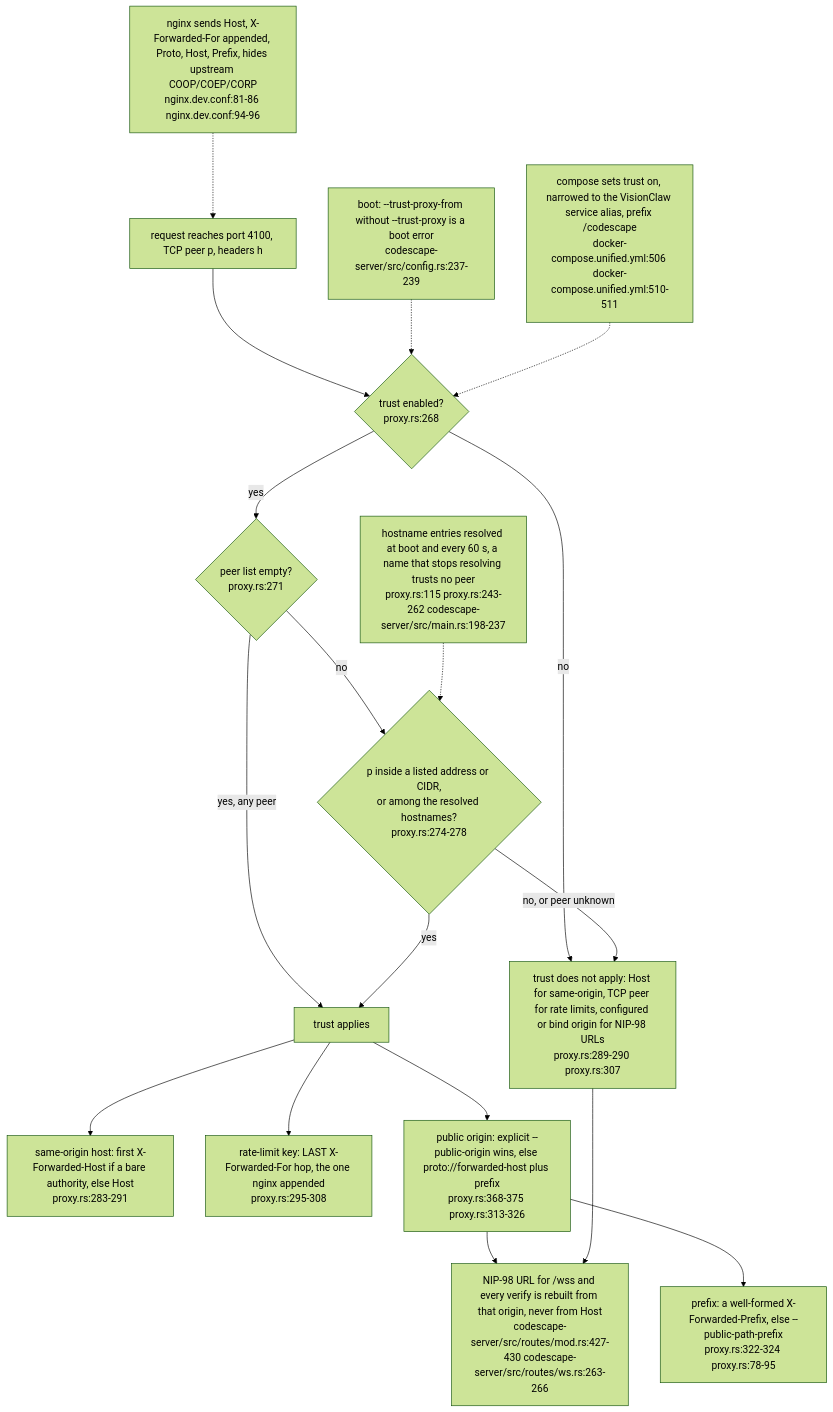
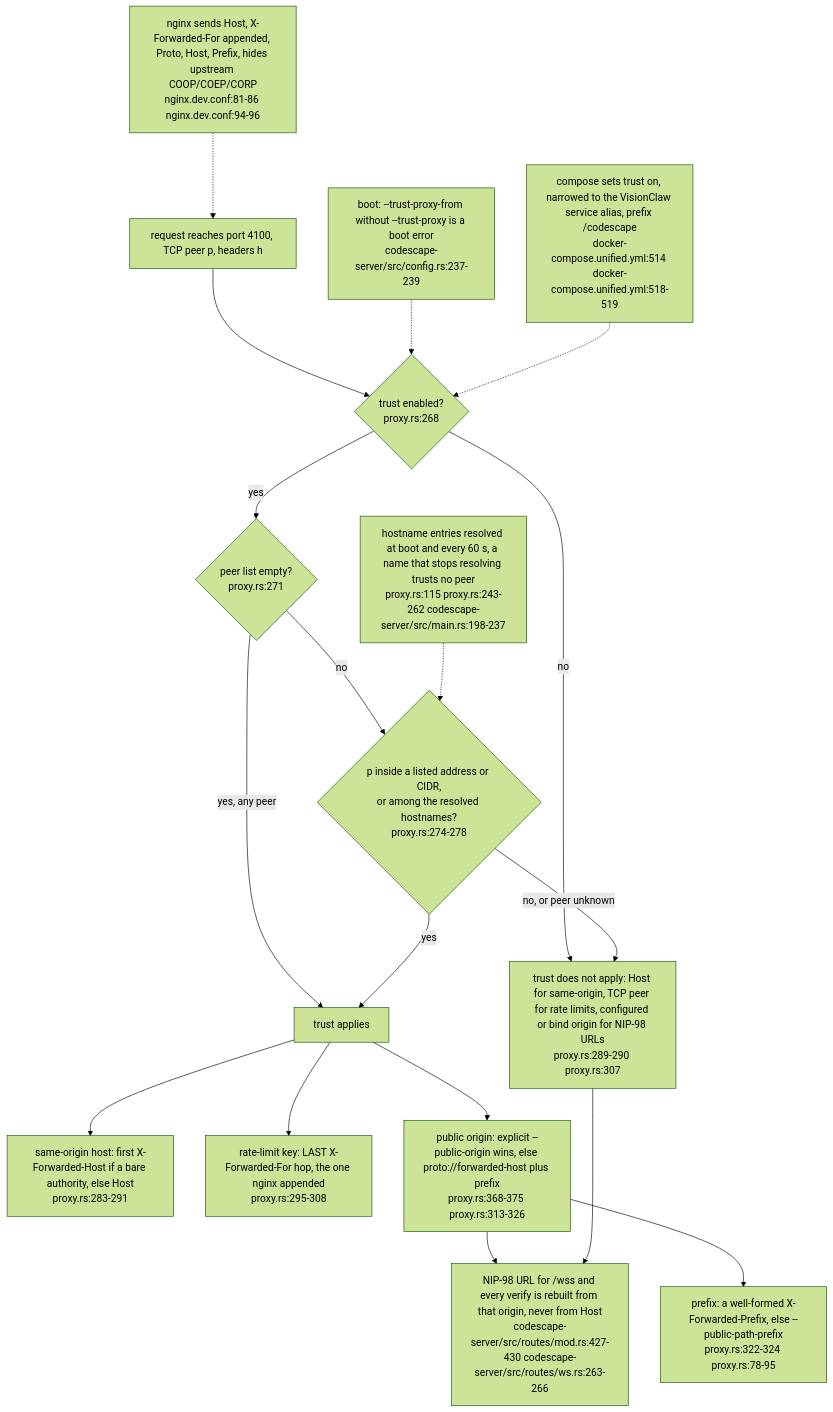
The sixth of 7 diagrams in docs/diagrams/visionclaw/39-codescape.md (DreamLab-AI/VisionFlow), drawn with Mermaid (forest theme) before and after one commit. The commit also changed other lines of this file and 142 other files, not shown here.

First line of the commit message:
docs(diagrams): one System One route; re-verify 140 topics at today's heads

````diff
--- a/docs/diagrams/visionclaw/39-codescape.md
+++ b/docs/diagrams/visionclaw/39-codescape.md
@@ -294,35 +295,35 @@
 ```mermaid
 flowchart TB
     REQ["request reaches port 4100, TCP peer p, headers h"]
     CFG["boot: --trust-proxy-from without --trust-proxy is a boot error<br/>codescape-server/src/config.rs:237-239"]
     EN{"trust enabled?<br/>proxy.rs:268"}
     LIST{"peer list empty?<br/>proxy.rs:271"}
     MATCH{"p inside a listed address or CIDR,<br/>or among the resolved hostnames?<br/>proxy.rs:274-278"}
     REFRESH["hostname entries resolved at boot and every 60 s, a name that stops resolving trusts no peer<br/>proxy.rs:115 proxy.rs:243-262 codescape-server/src/main.rs:198-237"]
     OFF["trust does not apply: Host for same-origin, TCP peer for rate limits, configured or bind origin for NIP-98 URLs<br/>proxy.rs:289-290 proxy.rs:307"]
     ON["trust applies"]
     HOST["same-origin host: first X-Forwarded-Host if a bare authority, else Host<br/>proxy.rs:283-291"]
     IP["rate-limit key: LAST X-Forwarded-For hop, the one nginx appended<br/>proxy.rs:295-308"]
     ORIG["public origin: explicit --public-origin wins, else proto://forwarded-host plus prefix<br/>proxy.rs:368-375 proxy.rs:313-326"]
     PFX["prefix: a well-formed X-Forwarded-Prefix, else --public-path-prefix<br/>proxy.rs:322-324 proxy.rs:78-95"]
     USE["NIP-98 URL for /wss and every verify is rebuilt from that origin, never from Host<br/>codescape-server/src/routes/mod.rs:427-430 codescape-server/src/routes/ws.rs:263-266"]
     REQ --> EN
     CFG -.-> EN
     EN -->|no| OFF
     EN -->|yes| LIST
     LIST -->|"yes, any peer"| ON
     LIST -->|no| MATCH
     REFRESH -.-> MATCH
     MATCH -->|"no, or peer unknown"| OFF
     MATCH -->|yes| ON
     ON --> HOST
     ON --> IP
     ON --> ORIG
     ORIG --> PFX
     ORIG --> USE
     OFF --> USE
-    COMPOSE["compose sets trust on, narrowed to the VisionClaw service alias, prefix /codescape<br/>docker-compose.unified.yml:506 docker-compose.unified.yml:510-511"]
+    COMPOSE["compose sets trust on, narrowed to the VisionClaw service alias, prefix /codescape<br/>docker-compose.unified.yml:514 docker-compose.unified.yml:518-519"]
     NG["nginx sends Host, X-Forwarded-For appended, Proto, Host, Prefix, hides upstream COOP/COEP/CORP<br/>nginx.dev.conf:81-86 nginx.dev.conf:94-96"]
     COMPOSE -.-> EN
     NG -.-> REQ
 ```
````
